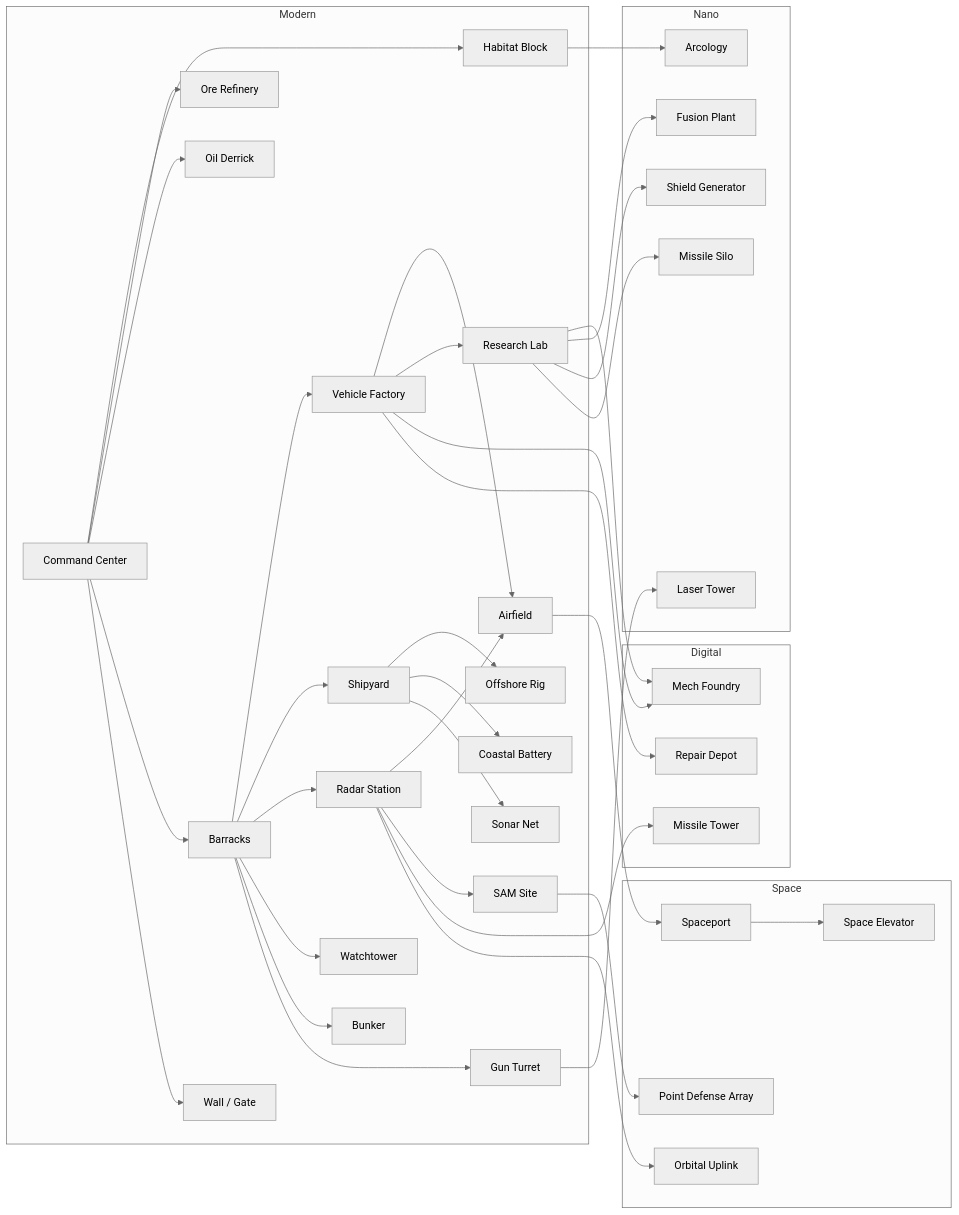
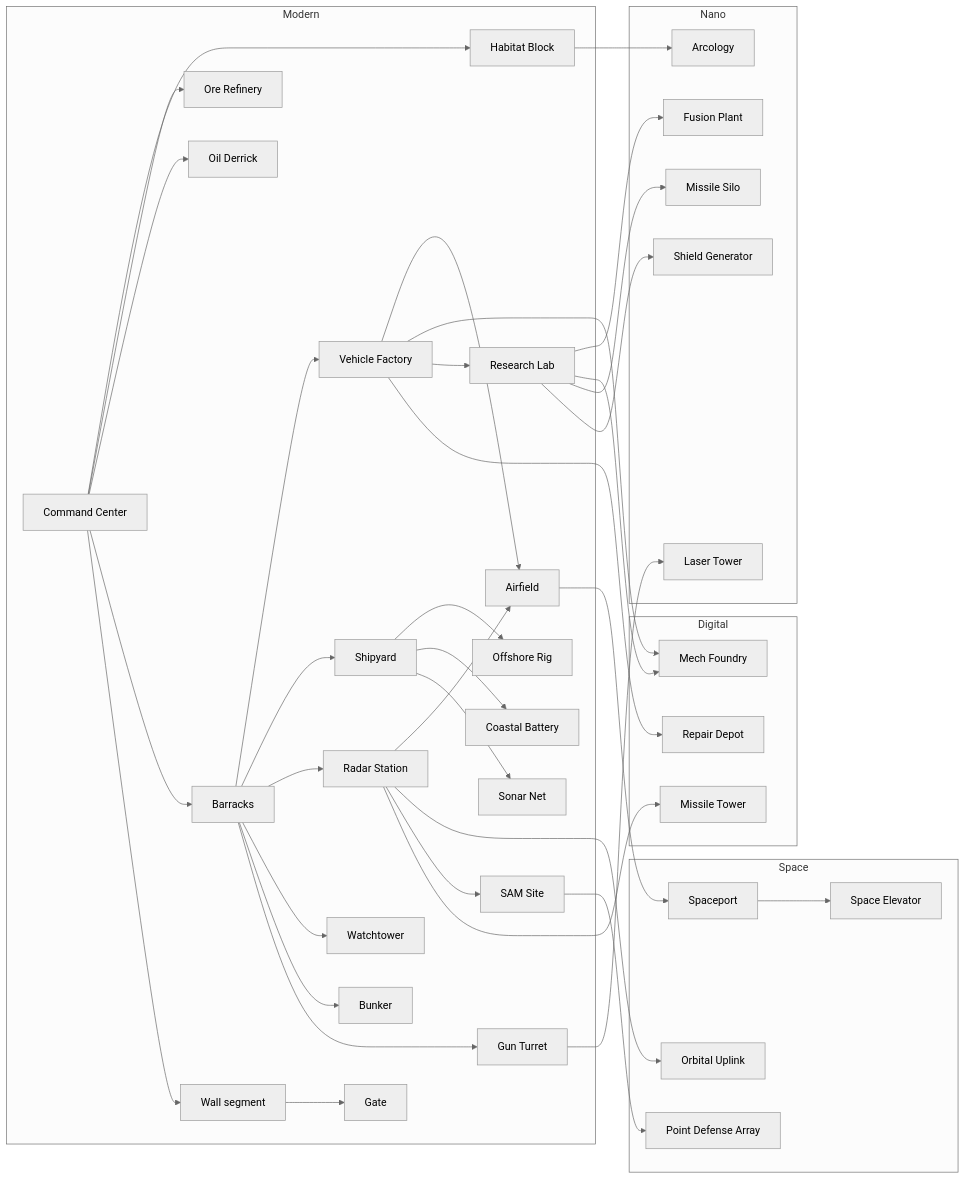
Before and after one commit to mattB1989/ascension-rts: the diagram in docs/TECH_TREE.md, drawn with Mermaid (neutral theme). The commit also changed other lines of this file and 9 other files, not shown here.

````diff
--- a/docs/TECH_TREE.md
+++ b/docs/TECH_TREE.md
@@ -26,56 +30,74 @@
 ```mermaid
 flowchart LR
   subgraph Modern
-    HQ[Command Center]
-    HAB[Habitat Block]
-    REF[Ore Refinery]
-    DER[Oil Derrick]
-    BAR[Barracks]
-    FAC[Vehicle Factory]
-    SHY[Shipyard]
-    RAD[Radar Station]
-    AIR[Airfield]
-    LAB[Research Lab]
-    WALL[Wall / Gate]
-    WT[Watchtower]
-    BUNK[Bunker]
-    GUN[Gun Turret]
-    SAM[SAM Site]
-    CST[Coastal Battery]
-    SON[Sonar Net]
-    RIG[Offshore Rig]
+    command_center[Command Center]
+    habitat_block[Habitat Block]
+    ore_refinery[Ore Refinery]
+    oil_derrick[Oil Derrick]
+    offshore_rig[Offshore Rig]
+    barracks[Barracks]
+    vehicle_factory[Vehicle Factory]
+    shipyard[Shipyard]
+    airfield[Airfield]
+    radar_station[Radar Station]
+    research_lab[Research Lab]
+    wall[Wall segment]
+    gate[Gate]
+    watchtower[Watchtower]
+    bunker[Bunker]
+    gun_turret[Gun Turret]
+    sam_site[SAM Site]
+    coastal_battery[Coastal Battery]
+    sonar_net[Sonar Net]
   end
   subgraph Digital
-    MF[Mech Foundry]
-    REP[Repair Depot]
-    MT[Missile Tower]
+    mech_foundry[Mech Foundry]
+    repair_depot[Repair Depot]
+    missile_tower[Missile Tower]
   end
   subgraph Nano
-    ARC[Arcology]
-    FUS[Fusion Plant]
-    SHG[Shield Generator]
-    LT[Laser Tower]
-    SILO[Missile Silo]
+    arcology[Arcology]
+    fusion_plant[Fusion Plant]
+    missile_silo[Missile Silo]
+    laser_tower[Laser Tower]
+    shield_generator[Shield Generator]
   end
   subgraph Space
-    SP[Spaceport]
-    UPL[Orbital Uplink]
-    PDA[Point Defense Array]
-    ELEV[Space Elevator]
+    spaceport[Spaceport]
+    orbital_uplink[Orbital Uplink]
+    space_elevator[Space Elevator]
+    point_defense_array[Point Defense Array]
   end
-  HQ --> HAB & REF & DER & BAR & WALL
-  BAR --> FAC & SHY & RAD & WT & BUNK & GUN
-  SHY --> RIG & CST & SON
-  RAD --> AIR & SAM
-  FAC --> AIR & LAB
-  LAB --> MF
-  FAC --> MF & REP
-  RAD --> MT
-  HAB --> ARC
-  LAB --> FUS & SHG & SILO
-  GUN --> LT
-  AIR --> SP
-  RAD --> UPL
-  SAM --> PDA
-  SP --> ELEV
+  command_center --> habitat_block
+  habitat_block --> arcology
+  command_center --> ore_refinery
+  command_center --> oil_derrick
+  shipyard --> offshore_rig
+  research_lab --> fusion_plant
+  command_center --> barracks
+  barracks --> vehicle_factory
+  barracks --> shipyard
+  radar_station --> airfield
+  vehicle_factory --> airfield
+  research_lab --> mech_foundry
+  vehicle_factory --> mech_foundry
+  airfield --> spaceport
+  barracks --> radar_station
+  vehicle_factory --> research_lab
+  vehicle_factory --> repair_depot
+  research_lab --> missile_silo
+  radar_station --> orbital_uplink
+  spaceport --> space_elevator
+  command_center --> wall
+  wall --> gate
+  barracks --> watchtower
+  barracks --> bunker
+  barracks --> gun_turret
+  radar_station --> sam_site
+  shipyard --> coastal_battery
+  shipyard --> sonar_net
+  radar_station --> missile_tower
+  gun_turret --> laser_tower
+  research_lab --> shield_generator
+  sam_site --> point_defense_array
 ```
````
